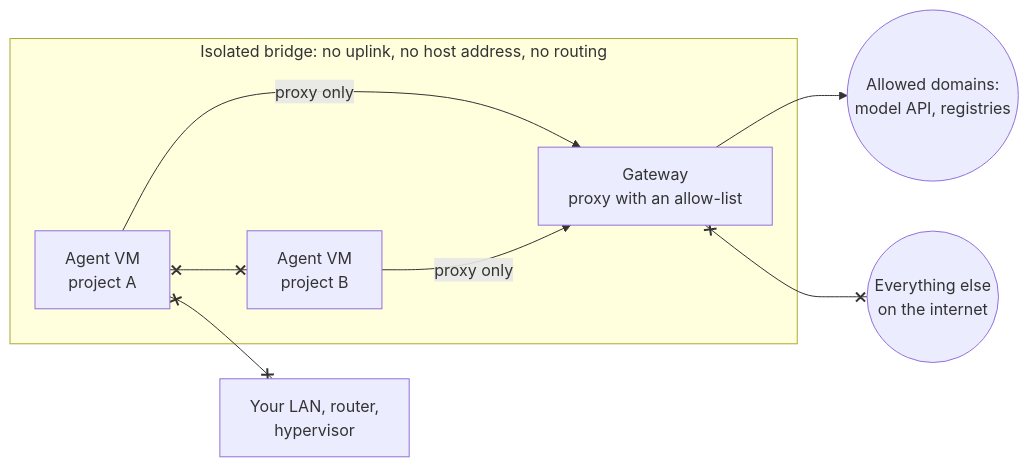
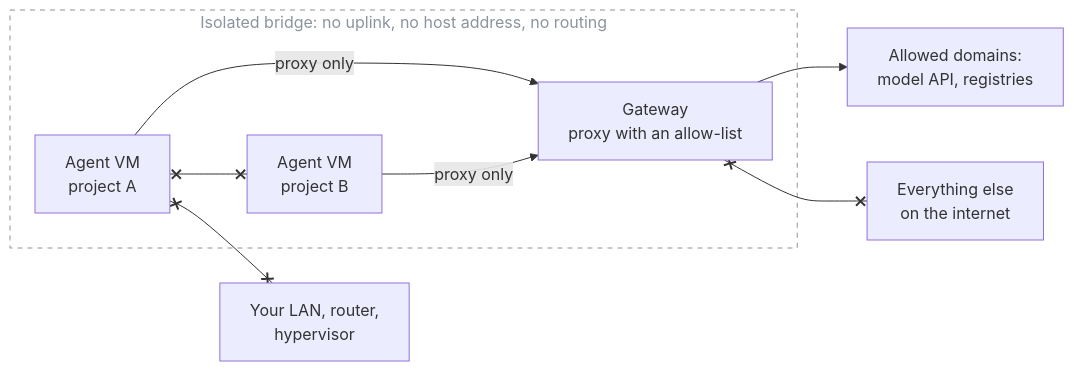
One commit to awall451/ziggurat changed the fifth of 7 diagrams in README.md. Above: the diagram before and after it, drawn with Mermaid. The commit also changed other lines of this file, not shown here.

First line of the commit message:
README: diagrams that read well in GitHub's dark and light themes

````diff
--- a/README.md
+++ b/README.md
@@ -172,18 +163,20 @@
 ```mermaid
 flowchart LR
     subgraph bridge["Isolated bridge: no uplink, no host address, no routing"]
         vm1["Agent VM<br/>project A"]
         vm2["Agent VM<br/>project B"]
         gw["Gateway<br/>proxy with an allow-list"]
     end
     lan["Your LAN, router,<br/>hypervisor"]
-    web(("Everything else<br/>on the internet"))
-    ok(("Allowed domains:<br/>model API, registries"))
+    web["Everything else<br/>on the internet"]
+    ok["Allowed domains:<br/>model API, registries"]
 
     vm1 -- "proxy only" --> gw
     vm2 -- "proxy only" --> gw
     gw --> ok
     vm1 x--x vm2
     vm1 x--x lan
     gw x--x web
+
+    style bridge fill:none,stroke:#8b949e,stroke-dasharray:5 5,color:#8b949e
 ```
````
